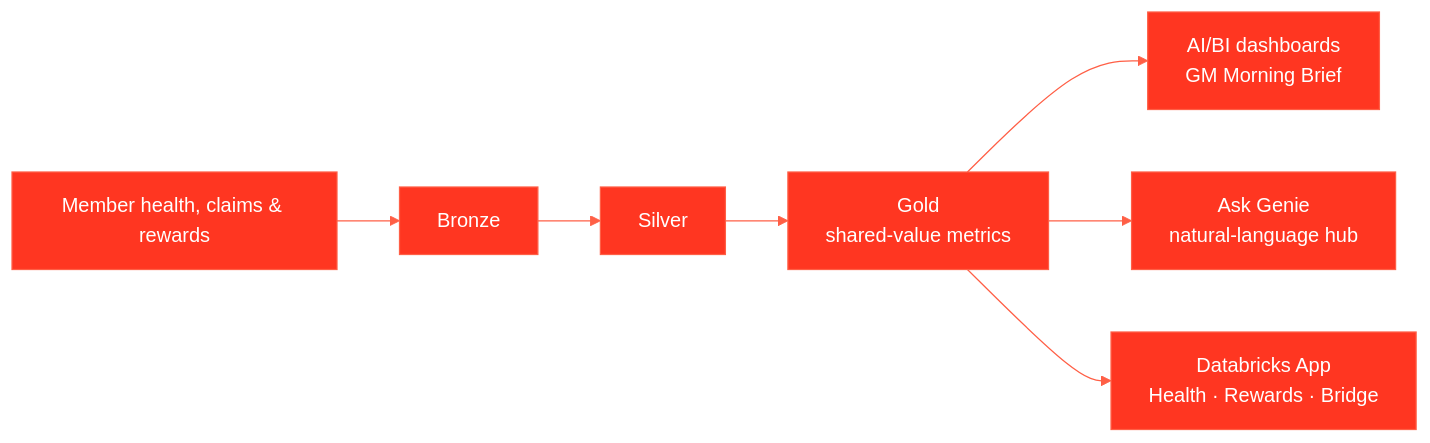
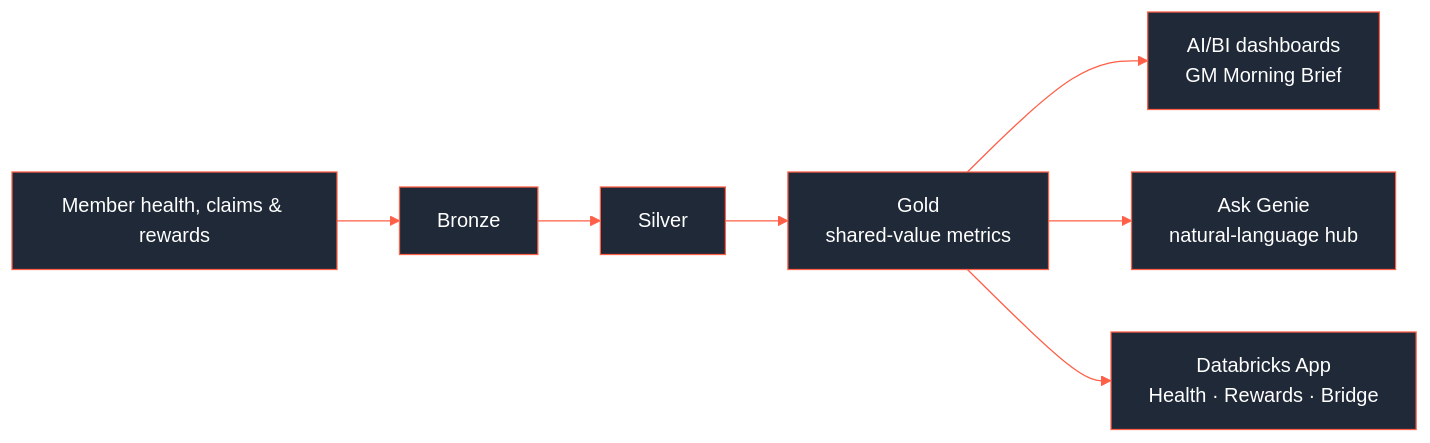
One commit to jason-miles/jason-miles changed the second of 2 diagrams in README.md. Above: the diagram before and after it, drawn with Mermaid. The commit also changed other lines of this file and 10 other files, not shown here.

First line of the commit message:
Optimize profile visuals and soften architecture diagrams

````diff
--- a/README.md
+++ b/README.md
@@ -127,8 +127,8 @@
 ```mermaid
-%%{init: {'theme':'base','themeVariables':{'primaryColor':'#FF3621','primaryTextColor':'#ffffff','primaryBorderColor':'#FF5F46','lineColor':'#FF5F46','fontFamily':'-apple-system, Segoe UI, sans-serif'}}}%%
+%%{init: {'theme':'base','themeVariables':{'primaryColor':'#1f2937','primaryTextColor':'#ffffff','primaryBorderColor':'#FF5F46','lineColor':'#FF5F46','clusterBkg':'#1f2937','fontFamily':'-apple-system, Segoe UI, sans-serif'}}}%%
 flowchart LR
   M[Member health, claims & rewards] --> BZ[Bronze] --> SV[Silver] --> GD[Gold<br/>shared-value metrics]
   GD --> DASH[AI/BI dashboards<br/>GM Morning Brief]
   GD --> GEN[Ask Genie<br/>natural-language hub]
   GD --> APP[Databricks App<br/>Health · Rewards · Bridge]
 ```
````
